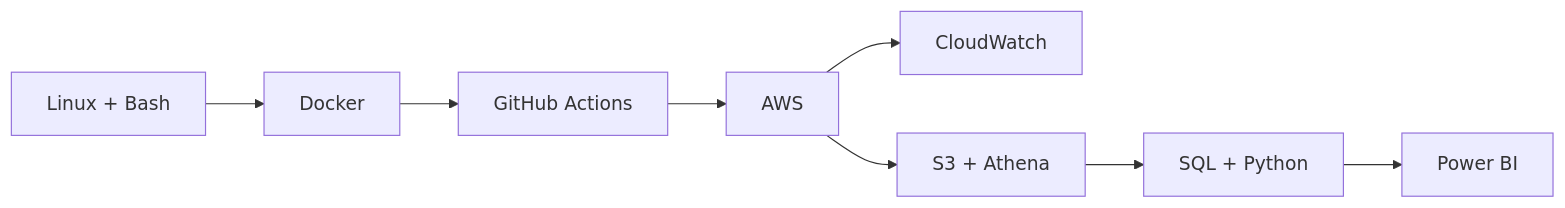
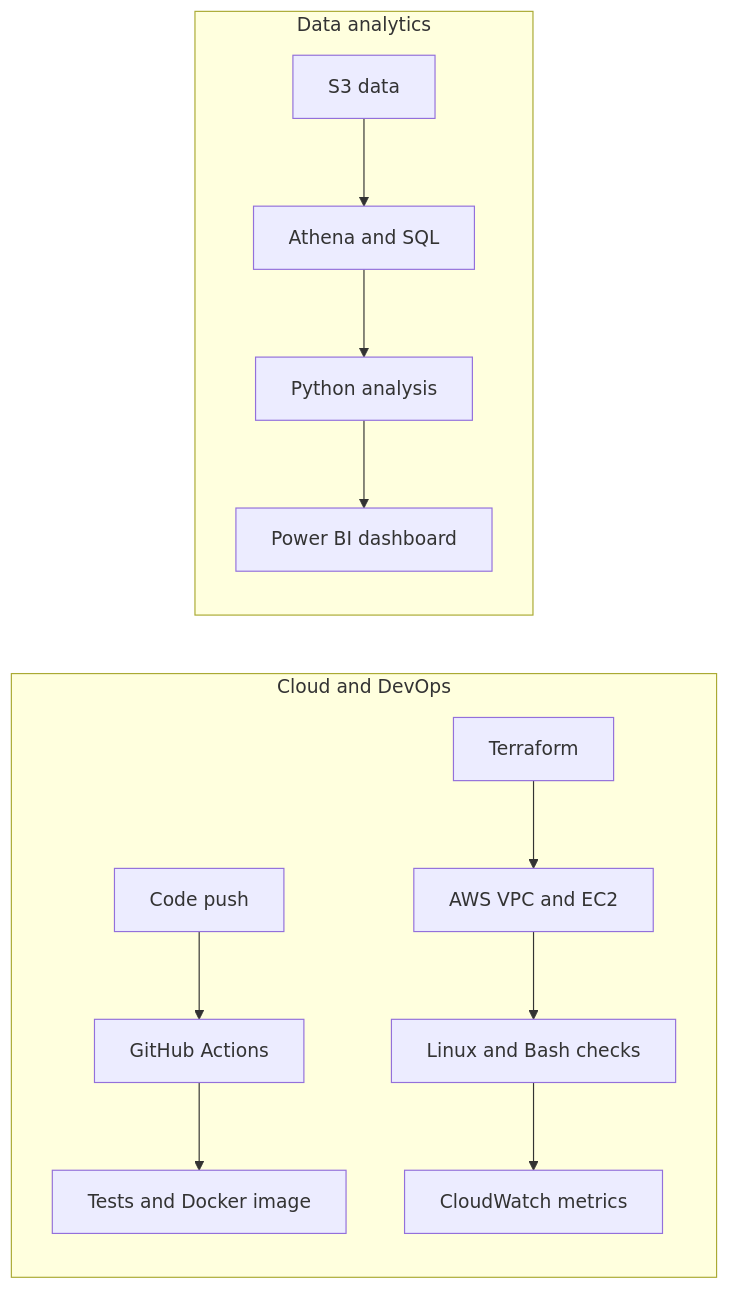
Before and after one commit to mohitchoudhary666/mohitchoudhary666: the diagram in README.md, drawn with Mermaid. The commit also changed other lines of this file, not shown here.

Commit message:
Refresh profile README for cloud, DevOps and analytics
Updated personal information and skills in the README. Enhanced workflow diagram to include Cloud and DevOps processes. Added new project links and experience details.

````diff
--- a/README.md
+++ b/README.md
@@ -19,10 +20,15 @@
 ```mermaid
 flowchart LR
-    A[Linux + Bash] --> B[Docker]
-    B --> C[GitHub Actions]
-    C --> D[AWS]
-    D --> E[CloudWatch]
-    D --> F[S3 + Athena]
-    F --> G[SQL + Python]
-    G --> H[Power BI]
+    subgraph DevOps[Cloud and DevOps]
+        A[Terraform] --> B[AWS VPC and EC2]
+        C[Code push] --> D[GitHub Actions]
+        D --> E[Tests and Docker image]
+        B --> F[Linux and Bash checks]
+        F --> G[CloudWatch metrics]
+    end
+    subgraph Analytics[Data analytics]
+        H[S3 data] --> I[Athena and SQL]
+        I --> J[Python analysis]
+        J --> K[Power BI dashboard]
+    end
 ```
````
